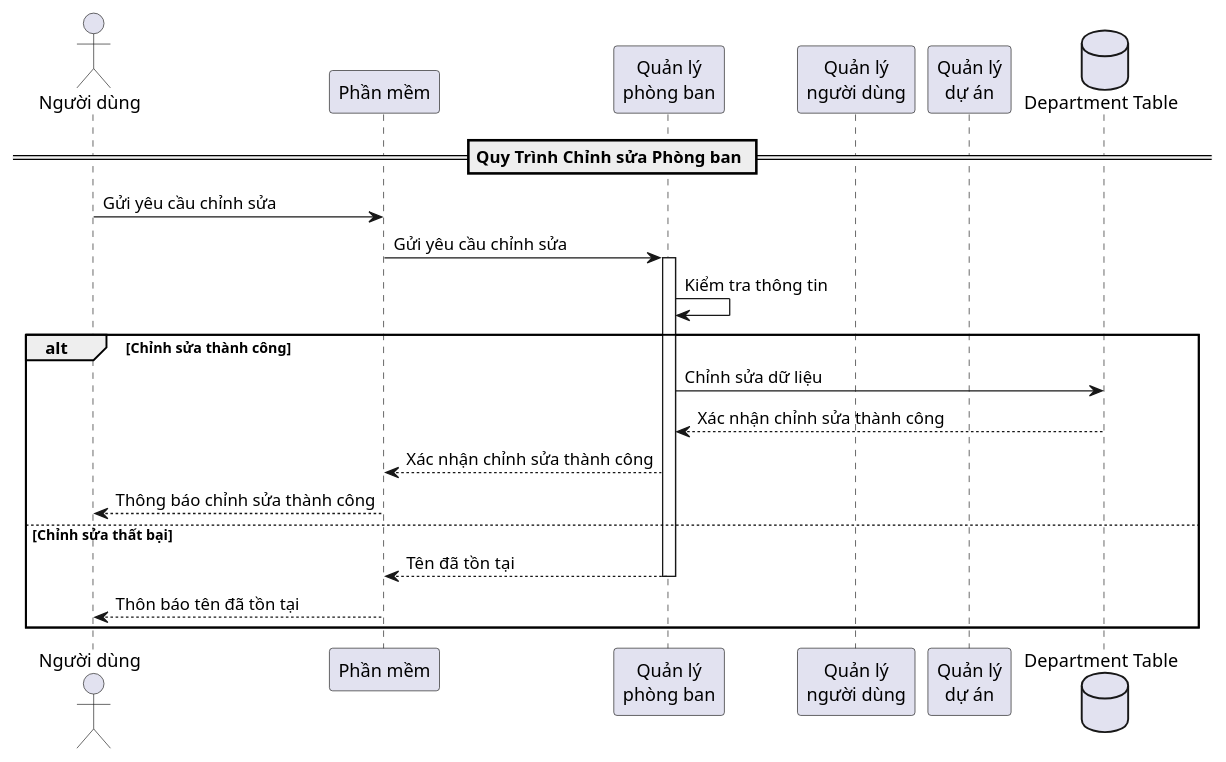
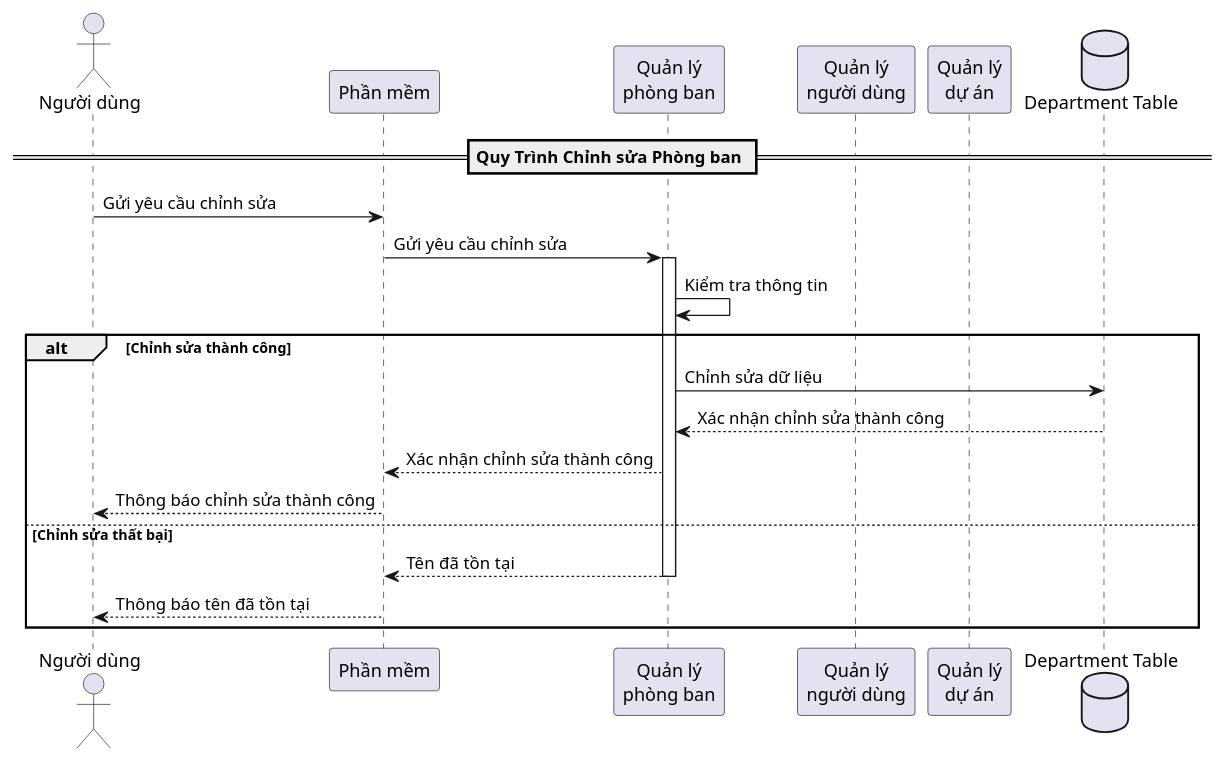
Before and after one commit to nguyentanphat8694/LearningAssigment: the diagram in SWE102x/Assignment2/Department-Update.plantuml, drawn with PlantUML. The commit also changed 21 other files, not shown here.

```diff
--- a/SWE102x/Assignment2/Department-Update.plantuml
+++ b/SWE102x/Assignment2/Department-Update.plantuml
@@ -1,24 +1,24 @@
 @startuml
 actor "Người dùng" as nd
 participant "Phần mềm" as pm
 participant "Quản lý\nphòng ban" as qlpb
 participant "Quản lý\nngười dùng" as qlnd
 participant "Quản lý\ndự án" as qlda
 database "Department Table" as dbd
 
 == Quy Trình Chỉnh sửa Phòng ban ==
 nd -> pm : Gửi yêu cầu chỉnh sửa
 pm -> qlpb : Gửi yêu cầu chỉnh sửa
 activate qlpb
 qlpb -> qlpb : Kiểm tra thông tin
 alt Chỉnh sửa thành công
 qlpb -> dbd : Chỉnh sửa dữ liệu
 dbd --> qlpb : Xác nhận chỉnh sửa thành công
 qlpb --> pm : Xác nhận chỉnh sửa thành công
 pm --> nd : Thông báo chỉnh sửa thành công
 else Chỉnh sửa thất bại
 qlpb --> pm : Tên đã tồn tại
 deactivate qlpb
-pm --> nd : Thôn báo tên đã tồn tại
+pm --> nd : Thông báo tên đã tồn tại
 end
 @enduml
```
